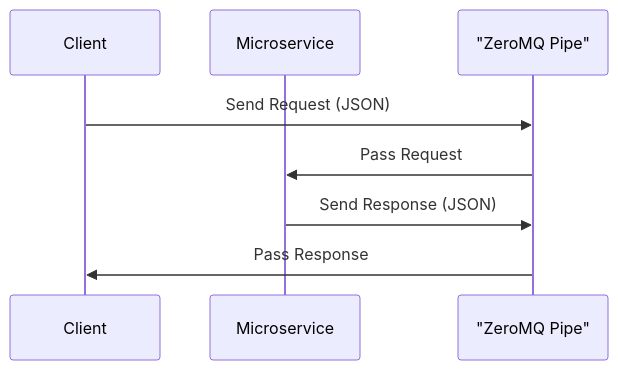
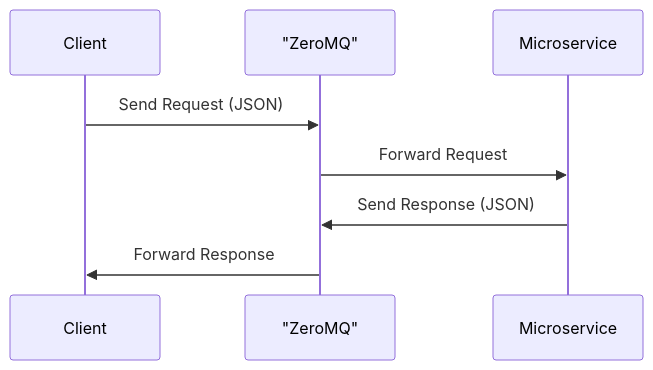
Before and after one commit to erikgrinn/air-quality-microservices: the diagram in README.md, drawn with Mermaid. The commit also changed other lines of this file, not shown here.

````diff
--- a/README.md
+++ b/README.md
@@ -57,11 +57,11 @@
 ```mermaid
 sequenceDiagram
     participant Client
+    participant ZMQ as "ZeroMQ"
     participant Microservice
-    participant ZMQ as "ZeroMQ Pipe"
 
     Client->>ZMQ: Send Request (JSON)
-    ZMQ->>Microservice: Pass Request
+    ZMQ->>Microservice: Forward Request
     Microservice->>ZMQ: Send Response (JSON)
-    ZMQ->>Client: Pass Response
+    ZMQ->>Client: Forward Response
 ```
````
